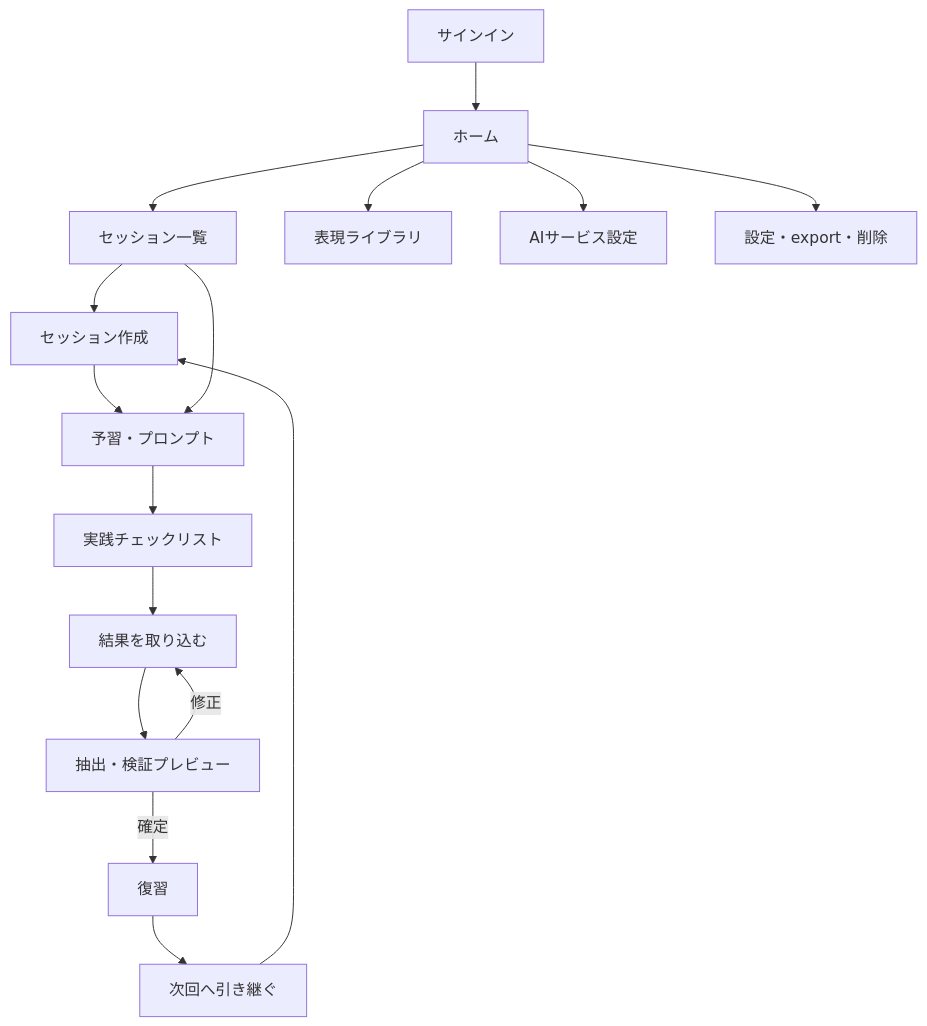
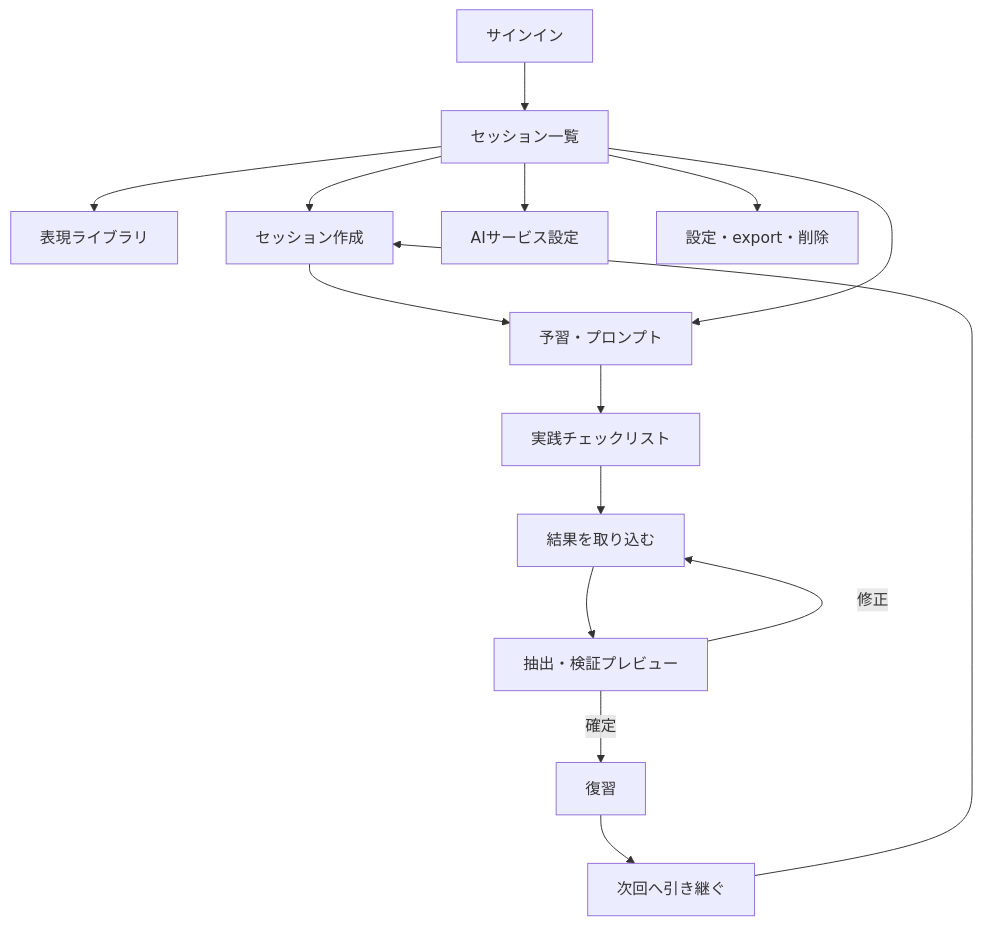
Before and after one commit to kanato-tk51/talk-craft: the third of 3 diagrams in docs/product-design.md, drawn with Mermaid. The commit also changed other lines of this file and 31 other files, not shown here.

````diff
--- a/docs/product-design.md
+++ b/docs/product-design.md
@@ -197,18 +200,17 @@
 ```mermaid
 flowchart TD
-  SignIn[サインイン] --> Home[ホーム]
-  Home --> Sessions[セッション一覧]
-  Home --> Library[表現ライブラリ]
+  SignIn[サインイン] --> Sessions[セッション一覧]
+  Sessions --> Library[表現ライブラリ]
   Sessions --> New[セッション作成]
   New --> Prep[予習・プロンプト]
   Sessions --> Prep
   Prep --> Practice[実践チェックリスト]
   Practice --> Import[結果を取り込む]
   Import --> Preview[抽出・検証プレビュー]
   Preview -->|修正| Import
   Preview -->|確定| Review[復習]
   Review --> Carry[次回へ引き継ぐ]
   Carry --> New
-  Home --> Providers[AIサービス設定]
-  Home --> Settings[設定・export・削除]
+  Sessions --> Providers[AIサービス設定]
+  Sessions --> Settings[設定・export・削除]
 ```
````
